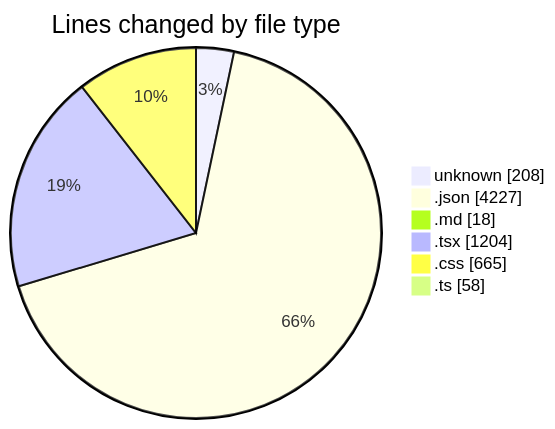
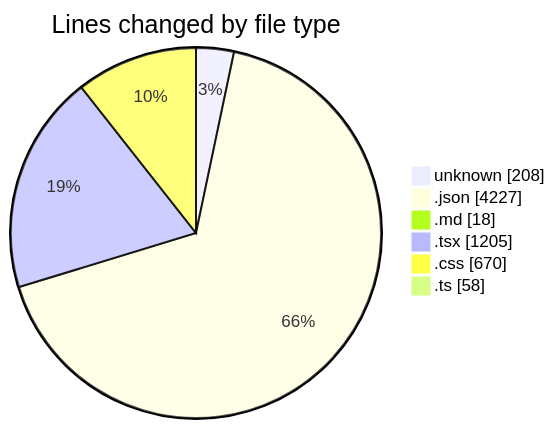
Before and after one commit to EIIisD/code-tracking: the first of 2 diagrams in 2025-08-07/ribbon/README.md, drawn with Mermaid. The commit also changed other lines of this file and 1 other file, not shown here.

````diff
--- a/2025-08-07/ribbon/README.md
+++ b/2025-08-07/ribbon/README.md
@@ -36,10 +36,10 @@
 ```mermaid
 pie showData
 title Lines changed by file type
 "unknown" : 208
 ".json" : 4227
 ".md" : 18
-".tsx" : 1204
-".css" : 665
+".tsx" : 1205
+".css" : 670
 ".ts" : 58
 ```
````
